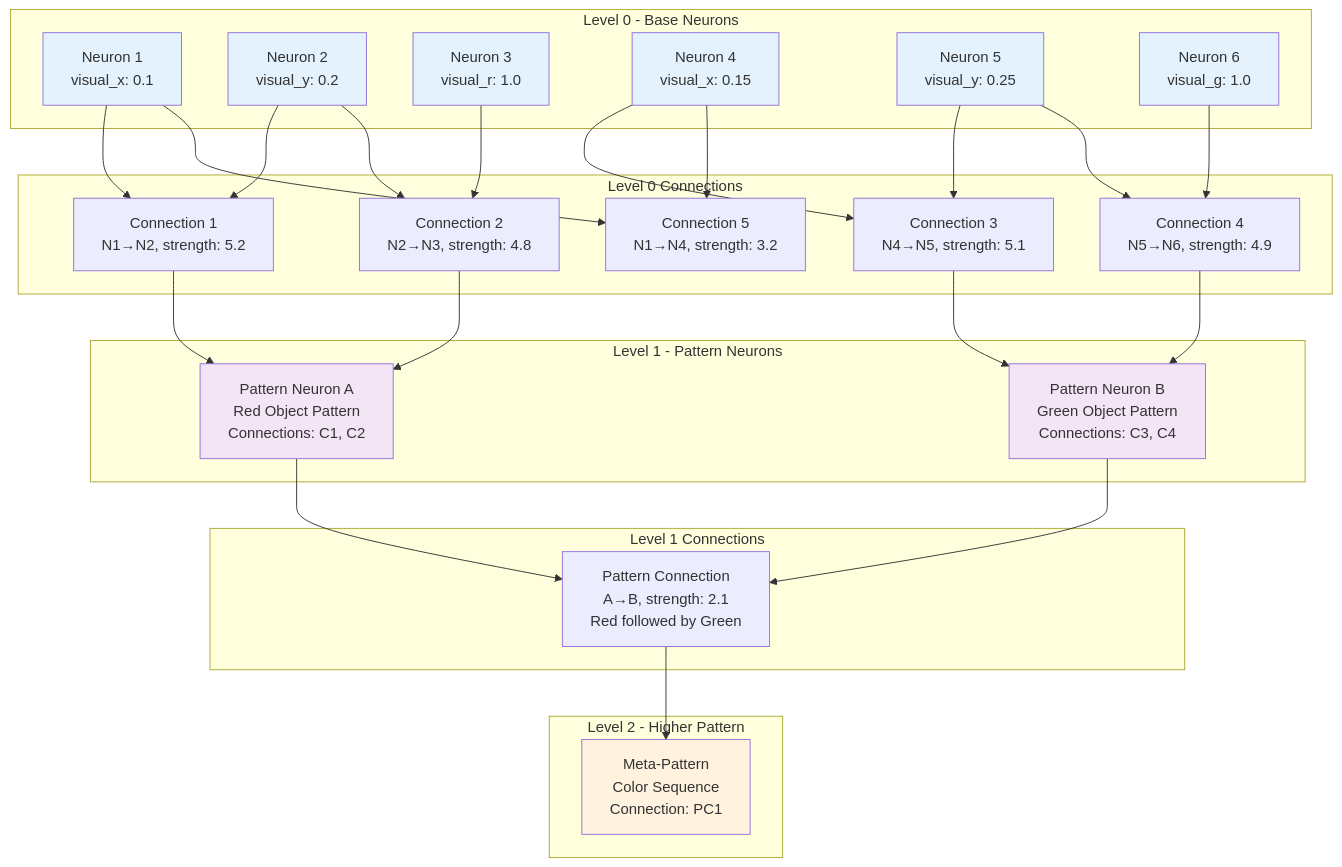
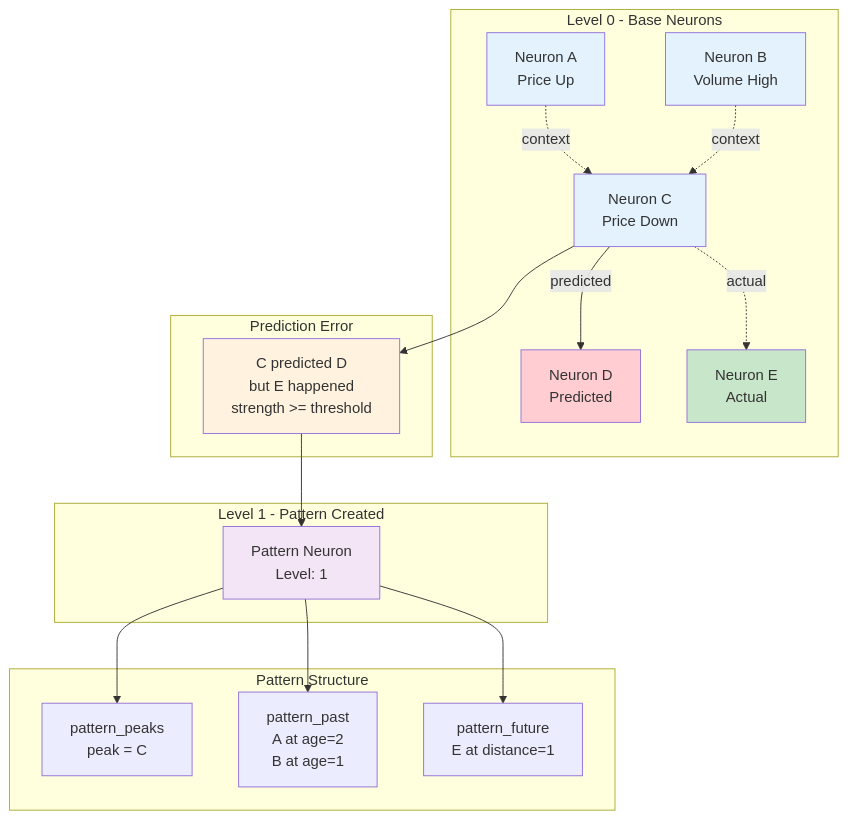
The third of 5 diagrams in docs/PATENT_DISCLOSURE.md (cucar/robot_brain), drawn with Mermaid before and after one commit. The commit also changed other lines of this file and 8 other files, not shown here.

````diff
--- a/docs/PATENT_DISCLOSURE.md
+++ b/docs/PATENT_DISCLOSURE.md
@@ -302,63 +302,44 @@
 ```mermaid
 graph TB
     subgraph "Level 0 - Base Neurons"
-        N1[Neuron 1<br/>visual_x: 0.1]
-        N2[Neuron 2<br/>visual_y: 0.2]
-        N3[Neuron 3<br/>visual_r: 1.0]
-        N4[Neuron 4<br/>visual_x: 0.15]
-        N5[Neuron 5<br/>visual_y: 0.25]
-        N6[Neuron 6<br/>visual_g: 1.0]
+        N1[Neuron A<br/>Price Up]
+        N2[Neuron B<br/>Volume High]
+        N3[Neuron C<br/>Price Down]
+        N4[Neuron D<br/>Predicted]
+        N5[Neuron E<br/>Actual]
     end
 
-    subgraph "Level 0 Connections"
-        C1[Connection 1<br/>N1→N2, strength: 5.2]
-        C2[Connection 2<br/>N2→N3, strength: 4.8]
-        C3[Connection 3<br/>N4→N5, strength: 5.1]
-        C4[Connection 4<br/>N5→N6, strength: 4.9]
-        C5[Connection 5<br/>N1→N4, strength: 3.2]
+    subgraph "Prediction Error"
+        ERR[C predicted D<br/>but E happened<br/>strength >= threshold]
     end
 
-    subgraph "Level 1 - Pattern Neurons"
-        P1[Pattern Neuron A<br/>Red Object Pattern<br/>Connections: C1, C2]
-        P2[Pattern Neuron B<br/>Green Object Pattern<br/>Connections: C3, C4]
+    subgraph "Level 1 - Pattern Created"
+        P1[Pattern Neuron<br/>Level: 1]
     end
 
-    subgraph "Level 1 Connections"
-        PC1[Pattern Connection<br/>A→B, strength: 2.1<br/>Red followed by Green]
+    subgraph "Pattern Structure"
+        PP[pattern_peaks<br/>peak = C]
+        PAST[pattern_past<br/>A at age=2<br/>B at age=1]
+        FUT[pattern_future<br/>E at distance=1]
     end
 
-    subgraph "Level 2 - Higher Pattern"
-        P3[Meta-Pattern<br/>Color Sequence<br/>Connection: PC1]
-    end
+    N1 -.->|"context"| N3
+    N2 -.->|"context"| N3
+    N3 -->|"predicted"| N4
+    N3 -.->|"actual"| N5
 
-    N1 --> C1
-    N2 --> C1
-    N2 --> C2
-    N3 --> C2
-    N4 --> C3
-    N5 --> C3
-    N5 --> C4
-    N6 --> C4
-    N1 --> C5
-    N4 --> C5
+    N3 --> ERR
+    ERR --> P1
 
-    C1 --> P1
-    C2 --> P1
-    C3 --> P2
-    C4 --> P2
-
-    P1 --> PC1
-    P2 --> PC1
-
-    PC1 --> P3
+    P1 --> PP
+    P1 --> PAST
+    P1 --> FUT
 
     style N1 fill:#e3f2fd
     style N2 fill:#e3f2fd
     style N3 fill:#e3f2fd
-    style N4 fill:#e3f2fd
-    style N5 fill:#e3f2fd
-    style N6 fill:#e3f2fd
+    style N4 fill:#ffcdd2
+    style N5 fill:#c8e6c9
+    style ERR fill:#fff3e0
     style P1 fill:#f3e5f5
-    style P2 fill:#f3e5f5
-    style P3 fill:#fff3e0
 ```
````
